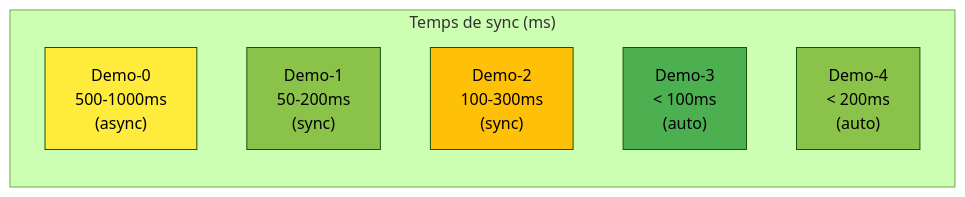
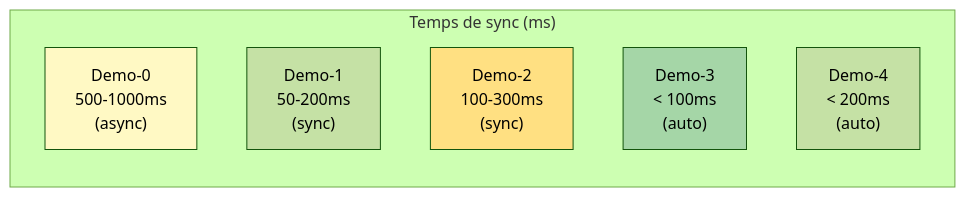
One commit to inskillflow/auths-1-NEXTJS-introduction changed diagram 24 of 39 in 02-DIAGRAMMES_ARCHITECTURES.md. Above: the diagram before and after it, drawn with Mermaid (forest theme). The commit also changed other lines of this file, not shown here.

````diff
--- a/02-DIAGRAMMES_ARCHITECTURES.md
+++ b/02-DIAGRAMMES_ARCHITECTURES.md
@@ -846,16 +846,16 @@
 ```mermaid
 graph LR
     subgraph "Temps de sync (ms)"
         D0["Demo-0<br/>500-1000ms<br/>(async)"]
         D1["Demo-1<br/>50-200ms<br/>(sync)"]
         D2["Demo-2<br/>100-300ms<br/>(sync)"]
         D3["Demo-3<br/>< 100ms<br/>(auto)"]
         D4["Demo-4<br/>< 200ms<br/>(auto)"]
     end
     
-    style D0 fill:#ffeb3b
-    style D1 fill:#8bc34a
-    style D2 fill:#ffc107
-    style D3 fill:#4caf50
-    style D4 fill:#8bc34a
+    style D0 fill:#fff9c4
+    style D1 fill:#c5e1a5
+    style D2 fill:#ffe082
+    style D3 fill:#a5d6a7
+    style D4 fill:#c5e1a5
 ```
````
